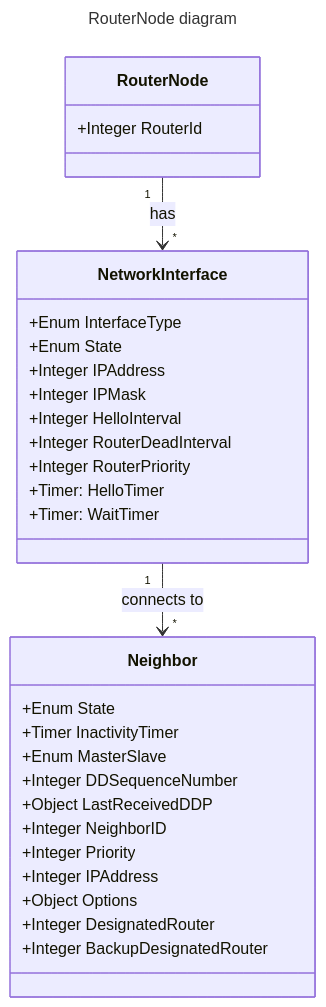
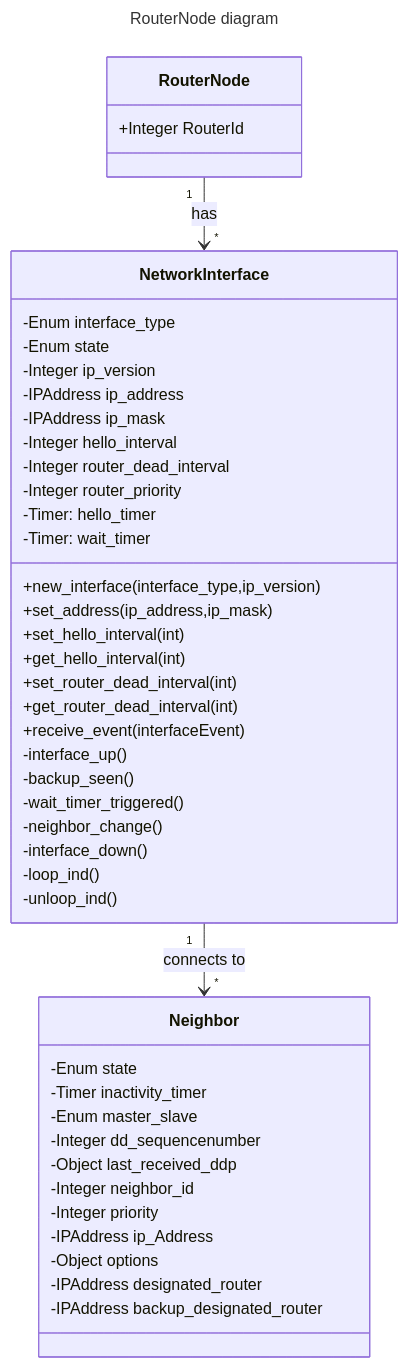
Before and after one commit to aniemela-cloud/uh-ds-g9-project: the diagram in Documentation/Graphs/ClassDiagram.md, drawn with Mermaid.

Commit message:
Update ClassDiagram.md for Python conventions, privatized attributes
Changed the names of attributes to follow Python conventions, and marked them as private. Added some methods to the NetworkInterface class to handle creating a new NetworkInterface object and setters and getters for the parameters that probably need them. Also added a receive_event function and private event handlers for the OSPF interface state change events.

````diff
--- a/Documentation/Graphs/ClassDiagram.md
+++ b/Documentation/Graphs/ClassDiagram.md
@@ -3,36 +3,51 @@
 ```mermaid
 ---
 title: RouterNode diagram
 ---
 classDiagram
   class RouterNode {
     +Integer RouterId
   }
   class NetworkInterface {
-    +Enum InterfaceType
-    +Enum State
-    +Integer IPAddress
-    +Integer IPMask
-    +Integer HelloInterval
-    +Integer RouterDeadInterval
-    +Integer RouterPriority
-    +Timer: HelloTimer
-    +Timer: WaitTimer
+    -Enum interface_type
+    -Enum state
+    -Integer ip_version
+    -IPAddress ip_address
+    -IPAddress ip_mask
+    -Integer hello_interval
+    -Integer router_dead_interval
+    -Integer router_priority
+    -Timer: hello_timer
+    -Timer: wait_timer
+    +new_interface(interface_type,ip_version)
+    +set_address(ip_address,ip_mask)
+    +set_hello_interval(int)
+    +get_hello_interval(int)
+    +set_router_dead_interval(int)
+    +get_router_dead_interval(int)
+    +receive_event(interfaceEvent)
+    -interface_up()
+    -backup_seen()
+    -wait_timer_triggered()
+    -neighbor_change()
+    -interface_down()
+    -loop_ind()
+    -unloop_ind()
   }
   class Neighbor {
-    +Enum State
-    +Timer InactivityTimer
-    +Enum MasterSlave
-    +Integer DDSequenceNumber
-    +Object LastReceivedDDP
-    +Integer NeighborID
-    +Integer Priority
-    +Integer IPAddress
-    +Object Options
-    +Integer DesignatedRouter
-    +Integer BackupDesignatedRouter
+    -Enum state
+    -Timer inactivity_timer
+    -Enum master_slave
+    -Integer dd_sequencenumber
+    -Object last_received_ddp
+    -Integer neighbor_id
+    -Integer priority
+    -IPAddress ip_Address
+    -Object options
+    -IPAddress designated_router
+    -IPAddress backup_designated_router
   }
   RouterNode "1" --> "*" NetworkInterface : has
   NetworkInterface "1" --> "*" Neighbor : connects to
 
 ```
````
